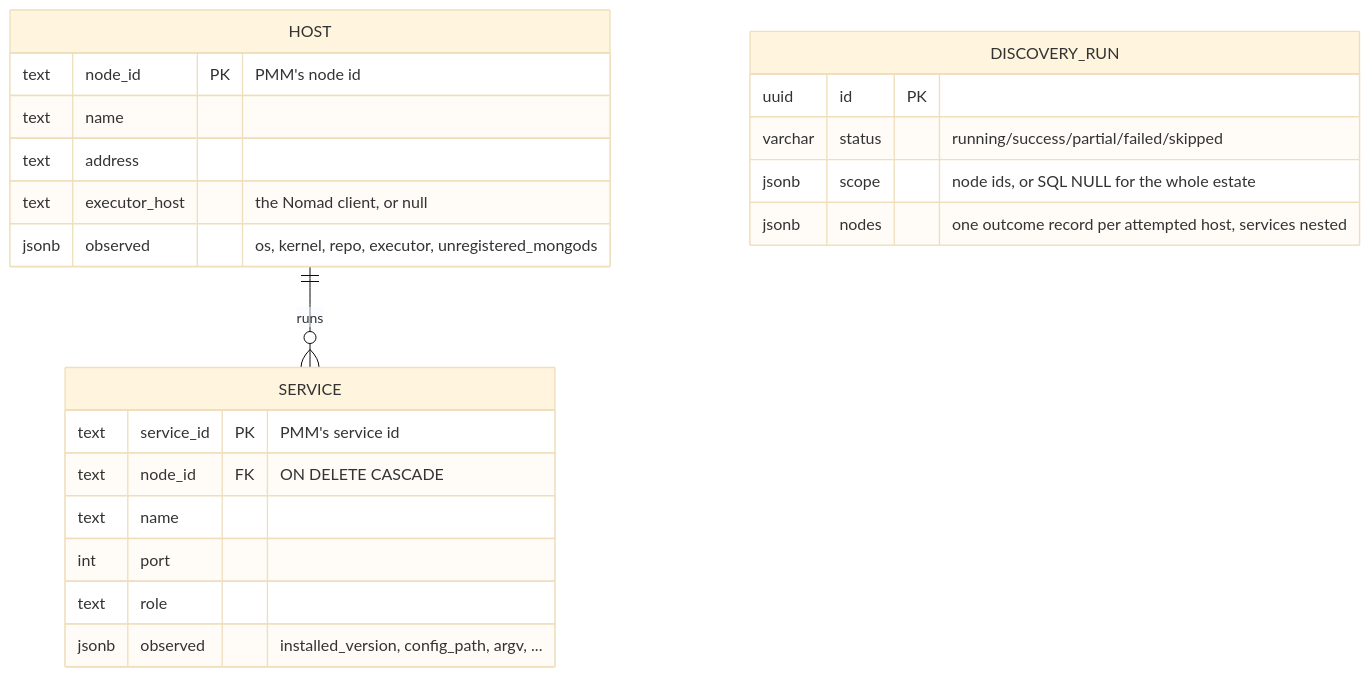
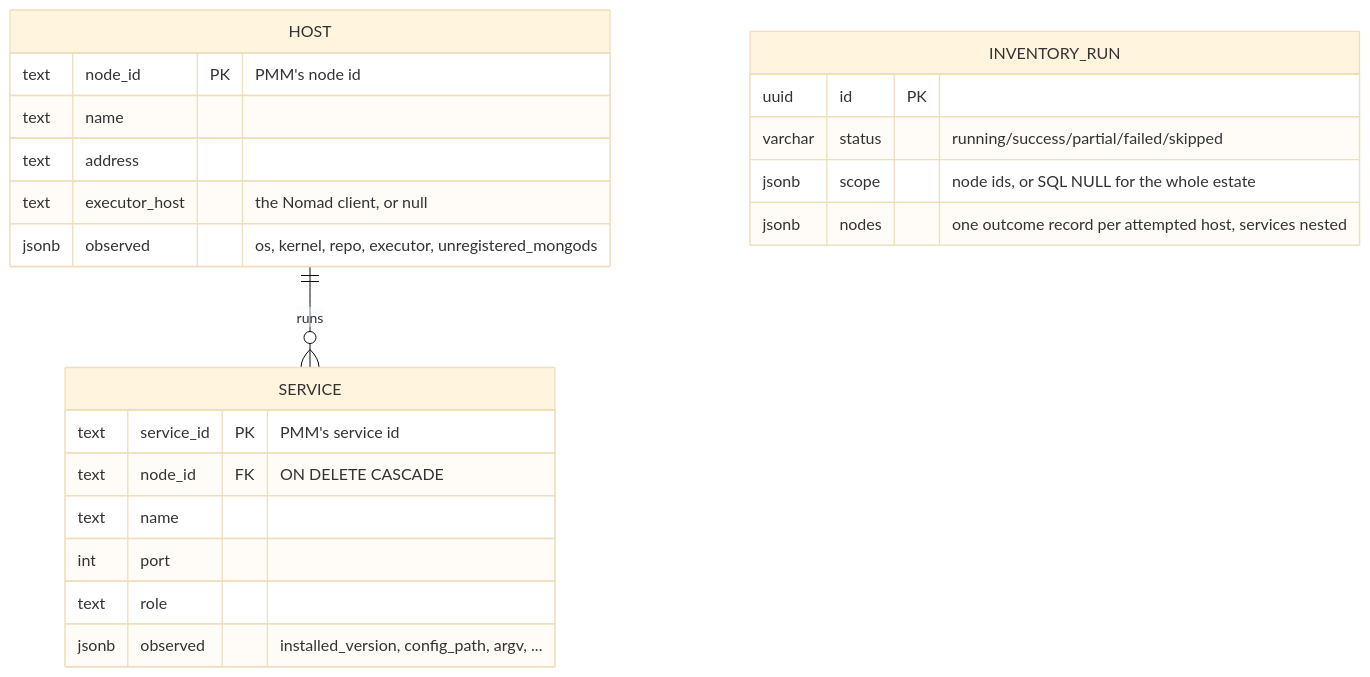
The fourth of 4 diagrams in docs/architecture.md (Percona-Lab/pom-workspace), drawn with Mermaid (base theme) before and after one commit. The commit also changed other lines of this file and 11 other files, not shown here.

````diff
--- a/docs/architecture.md
+++ b/docs/architecture.md
@@ -162,25 +162,25 @@
 ```mermaid
 erDiagram
     HOST ||--o{ SERVICE : "runs"
     HOST {
         text node_id PK "PMM's node id"
         text name
         text address
         text executor_host "the Nomad client, or null"
         jsonb observed "os, kernel, repo, executor, unregistered_mongods"
     }
     SERVICE {
         text service_id PK "PMM's service id"
         text node_id FK "ON DELETE CASCADE"
         text name
         int port
         text role
         jsonb observed "installed_version, config_path, argv, ..."
     }
-    DISCOVERY_RUN {
+    INVENTORY_RUN {
         uuid id PK
         varchar status "running/success/partial/failed/skipped"
         jsonb scope "node ids, or SQL NULL for the whole estate"
         jsonb nodes "one outcome record per attempted host, services nested"
     }
 ```
````
